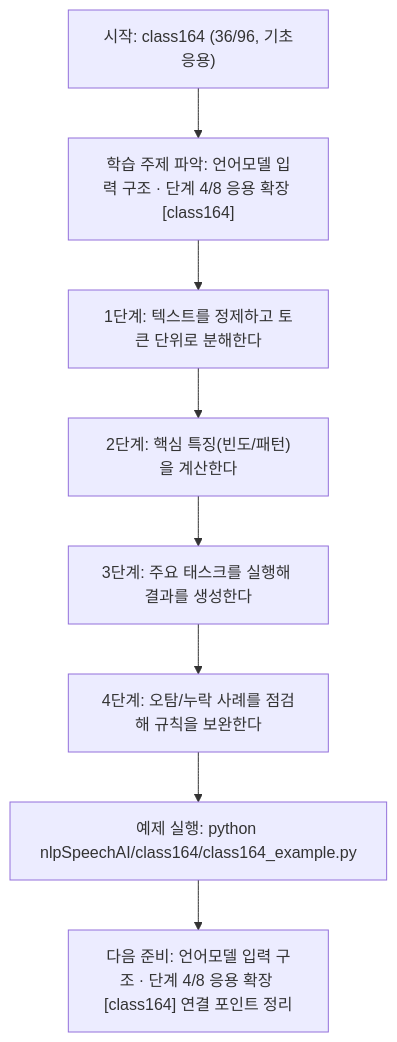
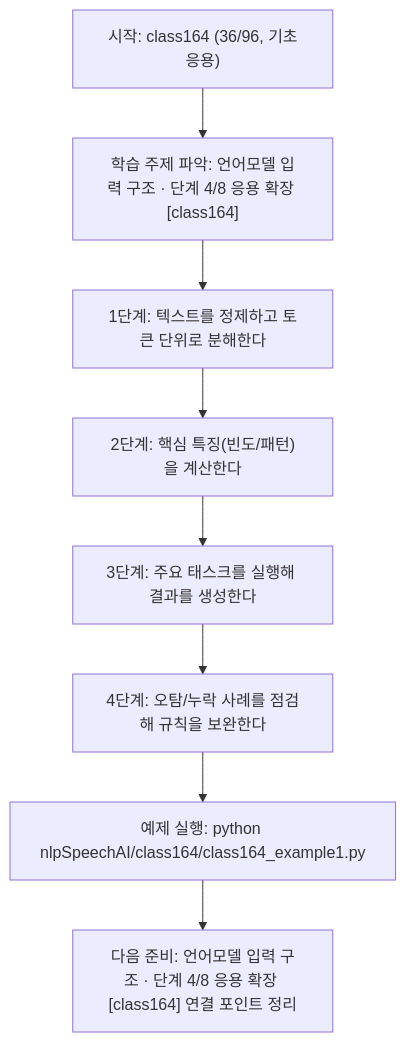
One commit to edumgt/Python-AI_Agent-Class changed the diagram in nlpSpeechAI/class164/class164.md. Above: the diagram before and after it, drawn with Mermaid. The commit also changed other lines of this file and 2959 other files, not shown here.

````diff
--- a/nlpSpeechAI/class164/class164.md
+++ b/nlpSpeechAI/class164/class164.md
@@ -114,18 +114,18 @@
 ```mermaid
 flowchart TD
 N1["시작: class164 (36/96, 기초응용)"]
 N2["학습 주제 파악: 언어모델 입력 구조 · 단계 4/8 응용 확장 [class164]"]
 N3["1단계: 텍스트를 정제하고 토큰 단위로 분해한다"]
 N4["2단계: 핵심 특징(빈도/패턴)을 계산한다"]
 N5["3단계: 주요 태스크를 실행해 결과를 생성한다"]
 N6["4단계: 오탐/누락 사례를 점검해 규칙을 보완한다"]
-N7["예제 실행: python nlpSpeechAI/class164/class164_example.py"]
+N7["예제 실행: python nlpSpeechAI/class164/class164_example1.py"]
 N8["다음 준비: 언어모델 입력 구조 · 단계 4/8 응용 확장 [class164] 연결 포인트 정리"]
 N1 --> N2
 N2 --> N3
 N3 --> N4
 N4 --> N5
 N5 --> N6
 N6 --> N7
 N7 --> N8
 ```
````
